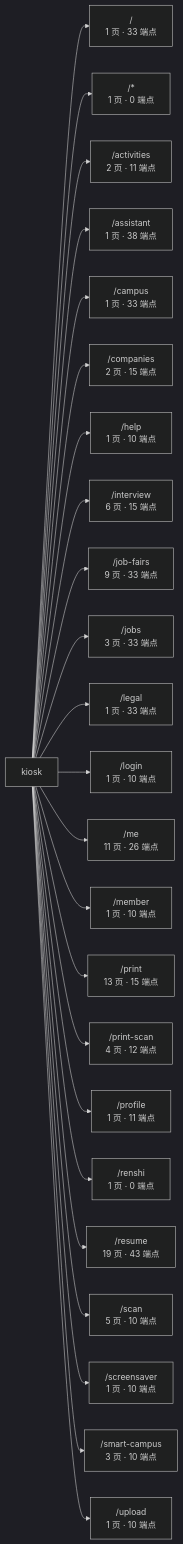
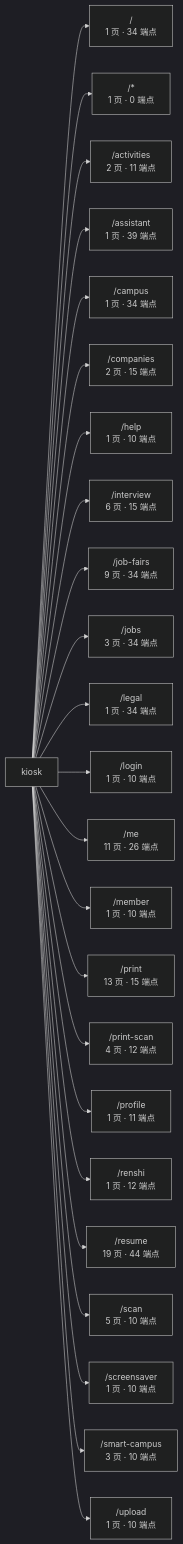
One commit to wanglei581/YITIJI changed the first of 3 diagrams in docs/graph/routes.md. Above: the diagram before and after it, drawn with Mermaid (dark theme). The commit also changed other lines of this file and 3 other files, not shown here.

Commit message:
chore(graph): 48 政策服务补缺口后重生图谱

````diff
--- a/docs/graph/routes.md
+++ b/docs/graph/routes.md
@@ -17,27 +17,27 @@
 ```mermaid
 flowchart LR
   app["kiosk"]
-  app --> _root_["/<br/>1 页 · 33 端点"]
+  app --> _root_["/<br/>1 页 · 34 端点"]
   app --> _["/*<br/>1 页 · 0 端点"]
   app --> activities["/activities<br/>2 页 · 11 端点"]
-  app --> assistant["/assistant<br/>1 页 · 38 端点"]
-  app --> campus["/campus<br/>1 页 · 33 端点"]
+  app --> assistant["/assistant<br/>1 页 · 39 端点"]
+  app --> campus["/campus<br/>1 页 · 34 端点"]
   app --> companies["/companies<br/>2 页 · 15 端点"]
   app --> help["/help<br/>1 页 · 10 端点"]
   app --> interview["/interview<br/>6 页 · 15 端点"]
-  app --> job_fairs["/job-fairs<br/>9 页 · 33 端点"]
-  app --> jobs["/jobs<br/>3 页 · 33 端点"]
-  app --> legal["/legal<br/>1 页 · 33 端点"]
+  app --> job_fairs["/job-fairs<br/>9 页 · 34 端点"]
+  app --> jobs["/jobs<br/>3 页 · 34 端点"]
+  app --> legal["/legal<br/>1 页 · 34 端点"]
   app --> login["/login<br/>1 页 · 10 端点"]
   app --> me["/me<br/>11 页 · 26 端点"]
   app --> member["/member<br/>1 页 · 10 端点"]
   app --> print["/print<br/>13 页 · 15 端点"]
   app --> print_scan["/print-scan<br/>4 页 · 12 端点"]
   app --> profile["/profile<br/>1 页 · 11 端点"]
-  app --> renshi["/renshi<br/>1 页 · 0 端点"]
-  app --> resume["/resume<br/>19 页 · 43 端点"]
+  app --> renshi["/renshi<br/>1 页 · 12 端点"]
+  app --> resume["/resume<br/>19 页 · 44 端点"]
   app --> scan["/scan<br/>5 页 · 10 端点"]
   app --> screensaver["/screensaver<br/>1 页 · 10 端点"]
   app --> smart_campus["/smart-campus<br/>3 页 · 10 端点"]
   app --> upload["/upload<br/>1 页 · 10 端点"]
 ```
````
